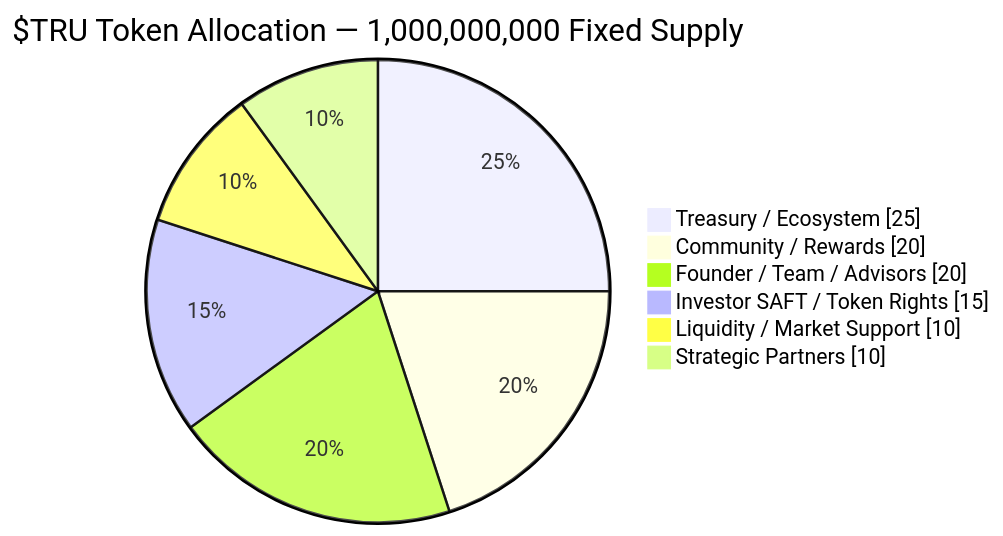
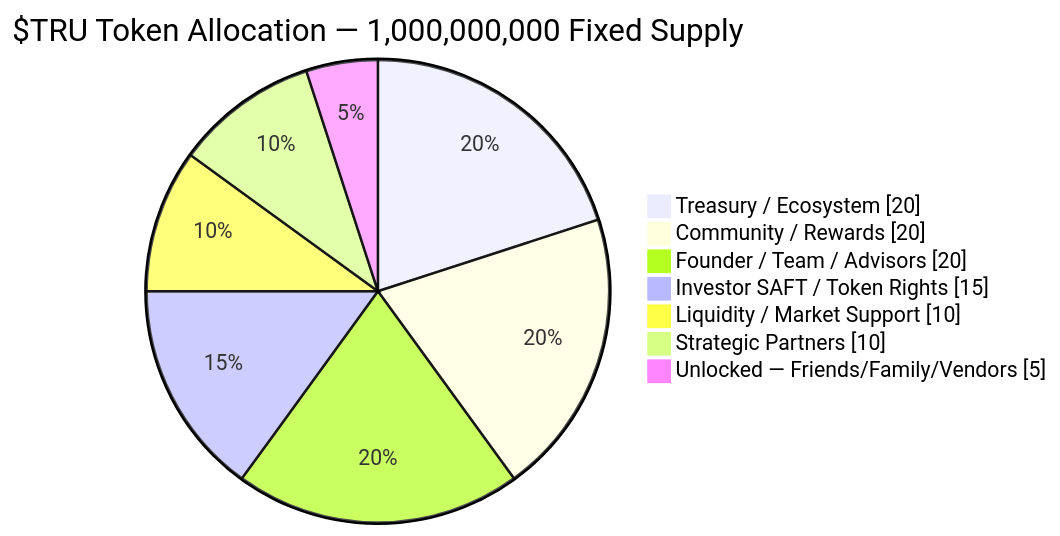
Before and after one commit to Gur-noor/Property-United: the diagram in docs/tokenomics.md, drawn with Mermaid. The commit also changed other lines of this file and 5 other files, not shown here.

````diff
--- a/docs/tokenomics.md
+++ b/docs/tokenomics.md
@@ -47,10 +49,11 @@
 ```mermaid
 pie showData
     title $TRU Token Allocation — 1,000,000,000 Fixed Supply
-    "Treasury / Ecosystem" : 25
+    "Treasury / Ecosystem" : 20
     "Community / Rewards" : 20
     "Founder / Team / Advisors" : 20
     "Investor SAFT / Token Rights" : 15
     "Liquidity / Market Support" : 10
     "Strategic Partners" : 10
+    "Unlocked — Friends/Family/Vendors" : 5
 ```
````
